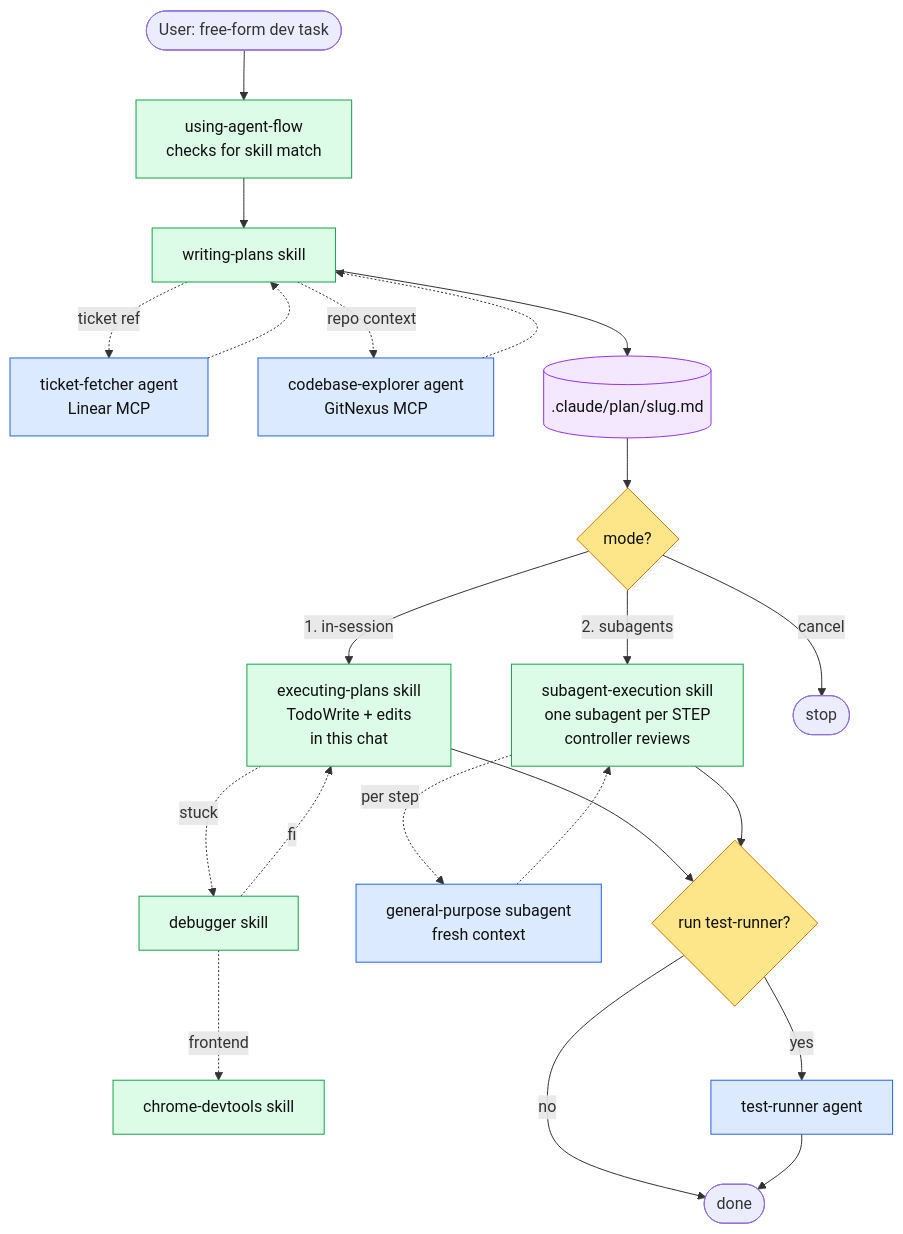
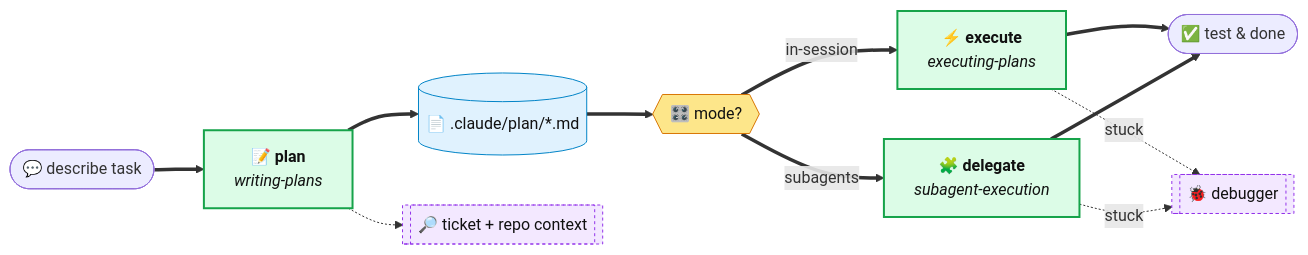
The diagram in README.md (anthonyespirat/agent-flow), drawn with Mermaid before and after one commit. The commit also changed other lines of this file, not shown here.

Commit message:
Simplify README flow diagram and add alpha warning

````diff
--- a/README.md
+++ b/README.md
@@ -18,41 +20,24 @@
 ```mermaid
-flowchart TD
-    Start([User: free-form dev task]) --> Meta[using-agent-flow<br/>checks for skill match]
-    Meta --> WP[writing-plans skill]
+flowchart LR
+    User([💬 describe task]) ==> Plan[📝 <b>plan</b><br/><i>writing-plans</i>]
+    Plan ==> File[(📄 .claude/plan/*.md)]
+    File ==> Mode{{🎛️ mode?}}
+    Mode ==>|in-session| Exec[⚡ <b>execute</b><br/><i>executing-plans</i>]
+    Mode ==>|subagents| Sub[🧩 <b>delegate</b><br/><i>subagent-execution</i>]
+    Exec ==> Done([✅ test &amp; done])
+    Sub ==> Done
 
-    WP -.ticket ref.-> TF[ticket-fetcher agent<br/>Linear MCP]
-    WP -.repo context.-> CE[codebase-explorer agent<br/>GitNexus MCP]
+    Plan -.-> Ctx[[🔎 ticket + repo context]]
+    Exec -.stuck.-> Dbg[[🐞 debugger]]
+    Sub -.stuck.-> Dbg
 
-    TF -.-> WP
-    CE -.-> WP
+    classDef main fill:#dcfce7,stroke:#16a34a,stroke-width:2px,color:#111
+    classDef side fill:#f3e8ff,stroke:#9333ea,stroke-dasharray:3 3,color:#111
+    classDef pick fill:#fde68a,stroke:#d97706,color:#111
+    classDef file fill:#e0f2fe,stroke:#0284c7,color:#111
 
-    WP --> PlanFile[(.claude/plan/slug.md)]
-    PlanFile --> Handoff{mode?}
-
-    Handoff -->|1. in-session| EP[executing-plans skill<br/>TodoWrite + edits<br/>in this chat]
-    Handoff -->|2. subagents| SE[subagent-execution skill<br/>one subagent per STEP<br/>controller reviews]
-    Handoff -->|cancel| End1([stop])
-
-    EP -.stuck.-> Dbg[debugger skill]
-    Dbg -.fix.-> EP
-    Dbg -.frontend.-> Chrome[chrome-devtools skill]
-
-    SE -.per step.-> Sub[general-purpose subagent<br/>fresh context]
-    Sub -.-> SE
-
-    EP --> Tests{run test-runner?}
-    SE --> Tests
-    Tests -->|yes| TR[test-runner agent]
-    Tests -->|no| End2([done])
-    TR --> End2
-
-    classDef skill fill:#dcfce7,stroke:#16a34a,color:#111
-    classDef agent fill:#dbeafe,stroke:#2563eb,color:#111
-    classDef artifact fill:#f3e8ff,stroke:#9333ea,color:#111
-    classDef choice fill:#fde68a,stroke:#d97706,color:#111
-
-    class Meta,WP,EP,SE,Dbg,Chrome skill
-    class TF,CE,TR,Sub agent
-    class PlanFile artifact
-    class Handoff,Tests choice
+    class Plan,Exec,Sub main
+    class Ctx,Dbg side
+    class Mode pick
+    class File file
 ```
````
